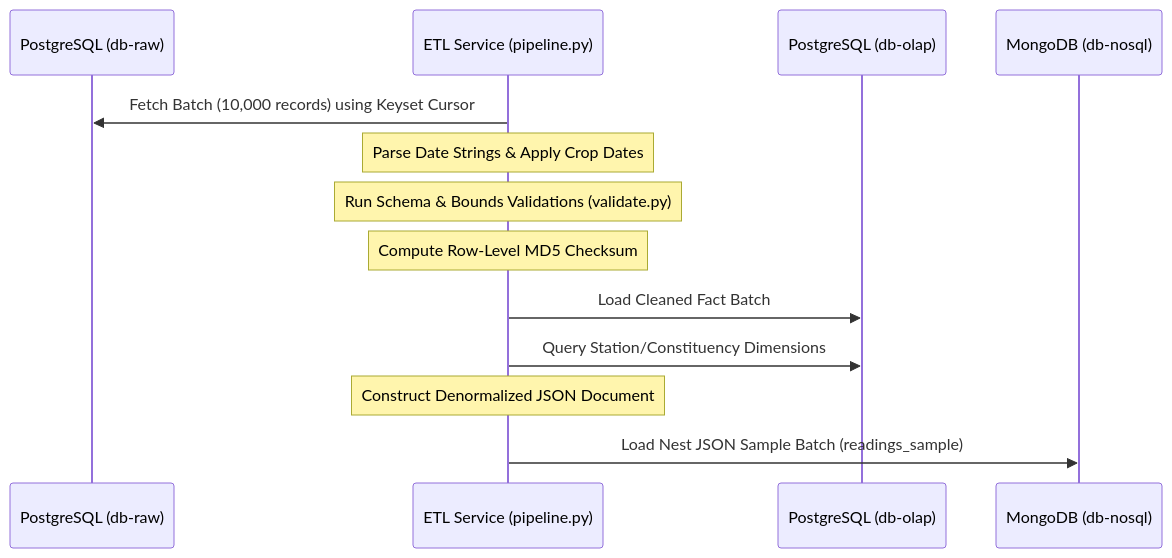
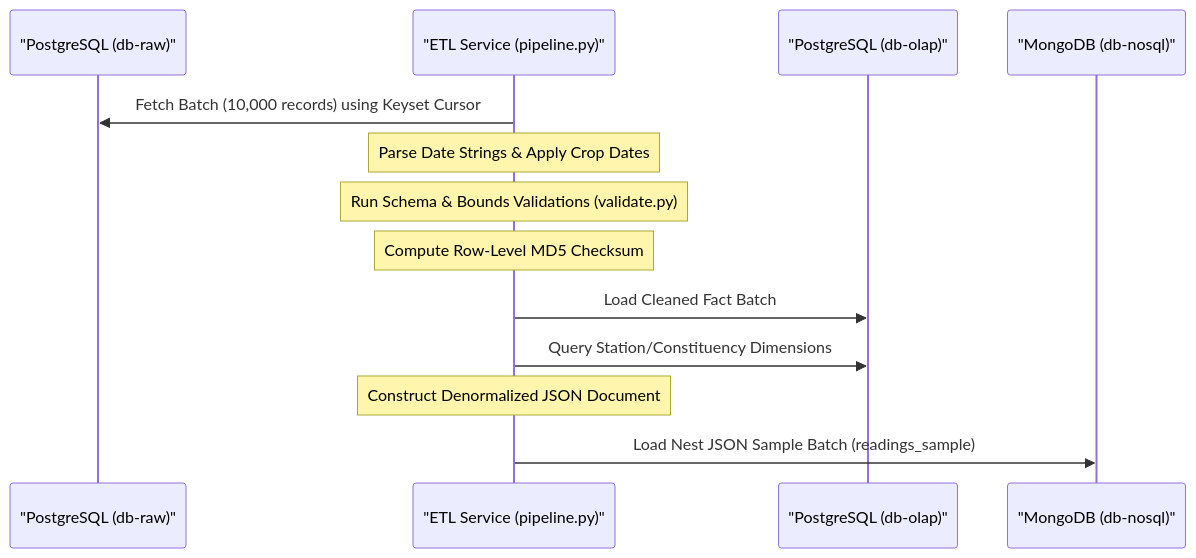
The second of 2 diagrams in docs/reports/executive_report.md (D0nG4667/de-three-tier-data-stack), drawn with Mermaid before and after one commit. The commit also changed other lines of this file and 5 other files, not shown here.

````diff
--- a/docs/reports/executive_report.md
+++ b/docs/reports/executive_report.md
@@ -116,16 +116,16 @@
 ```mermaid
 sequenceDiagram
-    participant RawDB as PostgreSQL (db-raw)
-    participant Pipeline as ETL Service (pipeline.py)
-    participant OLAP as PostgreSQL (db-olap)
-    participant NoSQL as MongoDB (db-nosql)
+    participant RawDB as "PostgreSQL (db-raw)"
+    participant Pipeline as "ETL Service (pipeline.py)"
+    participant OLAP as "PostgreSQL (db-olap)"
+    participant NoSQL as "MongoDB (db-nosql)"
 
     Pipeline->>RawDB: Fetch Batch (10,000 records) using Keyset Cursor
     Note over Pipeline: Parse Date Strings & Apply Crop Dates
     Note over Pipeline: Run Schema & Bounds Validations (validate.py)
     Note over Pipeline: Compute Row-Level MD5 Checksum
     Pipeline->>OLAP: Load Cleaned Fact Batch
     Pipeline->>OLAP: Query Station/Constituency Dimensions
     Note over Pipeline: Construct Denormalized JSON Document
     Pipeline->>NoSQL: Load Nest JSON Sample Batch (readings_sample)
 ```
````
